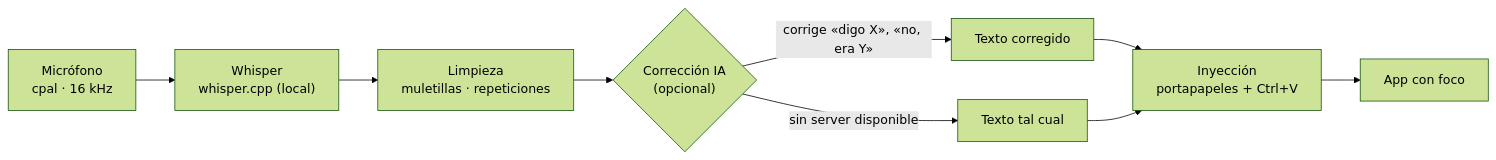
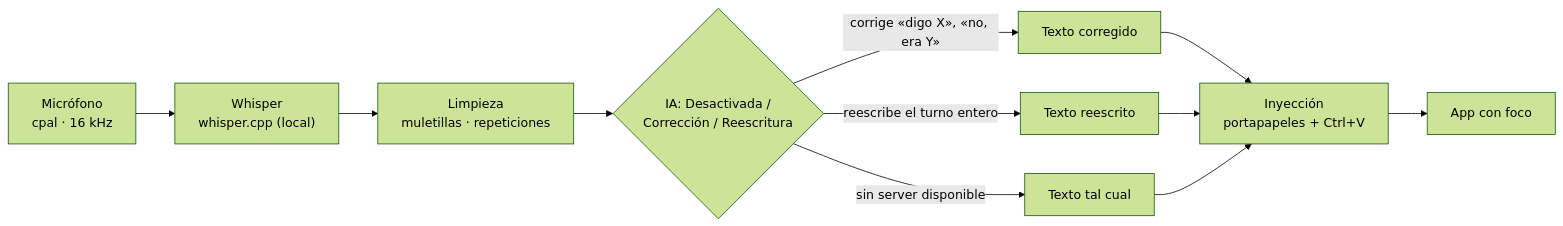
One commit to JuanFrancisco-Mateo/silb changed the diagram in README.md. Above: the diagram before and after it, drawn with Mermaid (forest theme). The commit also changed other lines of this file and 17 other files, not shown here.

````diff
--- a/README.md
+++ b/README.md
@@ -80,11 +84,13 @@
 ```mermaid
 flowchart LR
     MIC["Micrófono<br/>cpal · 16 kHz"] --> W["Whisper<br/>whisper.cpp (local)"]
     W --> CLEAN["Limpieza<br/>muletillas · repeticiones"]
-    CLEAN --> LLM{"Corrección IA<br/>(opcional)"}
+    CLEAN --> LLM{"IA: Desactivada /<br/>Corrección / Reescritura"}
     LLM -->|"corrige «digo X», «no, era Y»"| FIX["Texto corregido"]
+    LLM -->|"reescribe el turno entero"| RW["Texto reescrito"]
     LLM -->|"sin server disponible"| RAW["Texto tal cual"]
     FIX --> INJ["Inyección<br/>portapapeles + Ctrl+V"]
+    RW --> INJ
     RAW --> INJ
     INJ --> APP["App con foco"]
 ```
````
